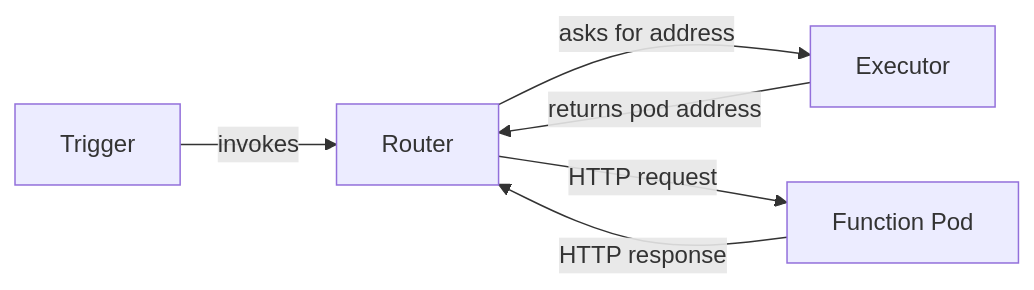
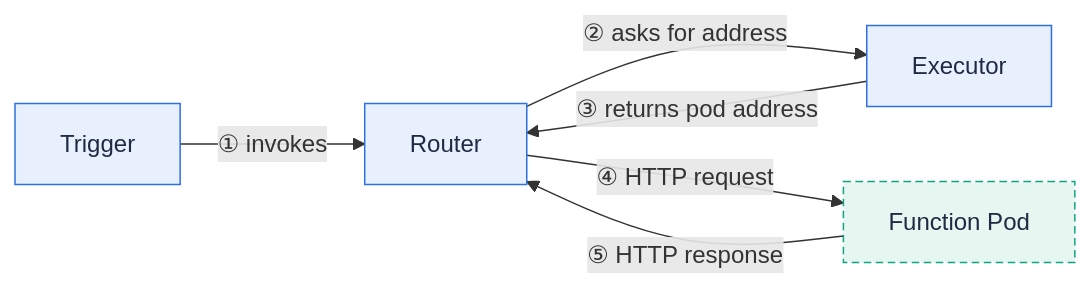
Before and after one commit to fission/fission.io: the diagram in content/en/docs/concepts/functions.md, drawn with Mermaid. The commit also changed 30 other files, not shown here.

First line of the commit message:
Address PR feedback: zoomable diagrams, multi-color kit, centering, preview links

````diff
--- a/content/en/docs/concepts/functions.md
+++ b/content/en/docs/concepts/functions.md
@@ -42,8 +42,11 @@
 ```mermaid
 flowchart LR
-  trigger["Trigger"] -->|"invokes"| router["Router"]
-  router -->|"asks for address"| executor["Executor"]
-  executor -->|"returns pod address"| router
-  router -->|"HTTP request"| fnPod["Function Pod"]
-  fnPod -->|"HTTP response"| router
+  trigger["Trigger"]:::fission -->|"① invokes"| router["Router"]:::fission
+  router -->|"② asks for address"| executor["Executor"]:::fission
+  executor -->|"③ returns pod address"| router
+  router -->|"④ HTTP request"| fnPod["Function Pod"]:::pod
+  fnPod -->|"⑤ HTTP response"| router
+
+  classDef fission fill:#e8f0fe,stroke:#2d70de,color:#1f2a43
+  classDef pod fill:#e6f7f1,stroke:#11a37f,color:#1f2a43,stroke-dasharray:5 3
 ```
````
